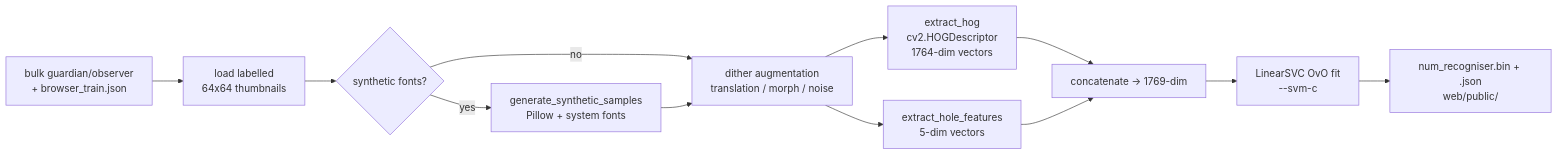
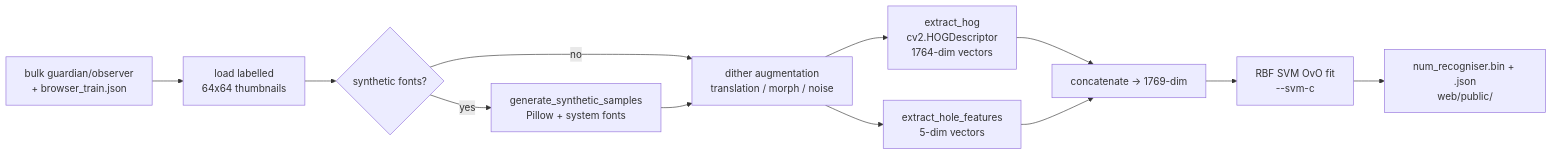
Before and after one commit to gbarrett28/cagedoku: diagram 11 of 11 in docs/image-pipeline.md, drawn with Mermaid. The commit also changed other lines of this file and 14 other files, not shown here.

````diff
--- a/docs/image-pipeline.md
+++ b/docs/image-pipeline.md
@@ -640,14 +633,14 @@
 ```mermaid
 flowchart LR
     A[bulk guardian/observer\n+ browser_train.json] --> B[load labelled\n64x64 thumbnails]
     B --> C{synthetic fonts?}
     C -- yes --> D[generate_synthetic_samples\nPillow + system fonts]
     C -- no --> E[dither augmentation\ntranslation / morph / noise]
     D --> E
     E --> F[extract_hog\ncv2.HOGDescriptor\n1764-dim vectors]
     E --> G[extract_hole_features\n5-dim vectors]
     F --> H[concatenate -> 1769-dim]
     G --> H
-    H --> I[LinearSVC OvO fit\n--svm-c]
+    H --> I[RBF SVM OvO fit\n--svm-c]
     I --> J[num_recogniser.bin + .json\nweb/public/]
 ```
````
